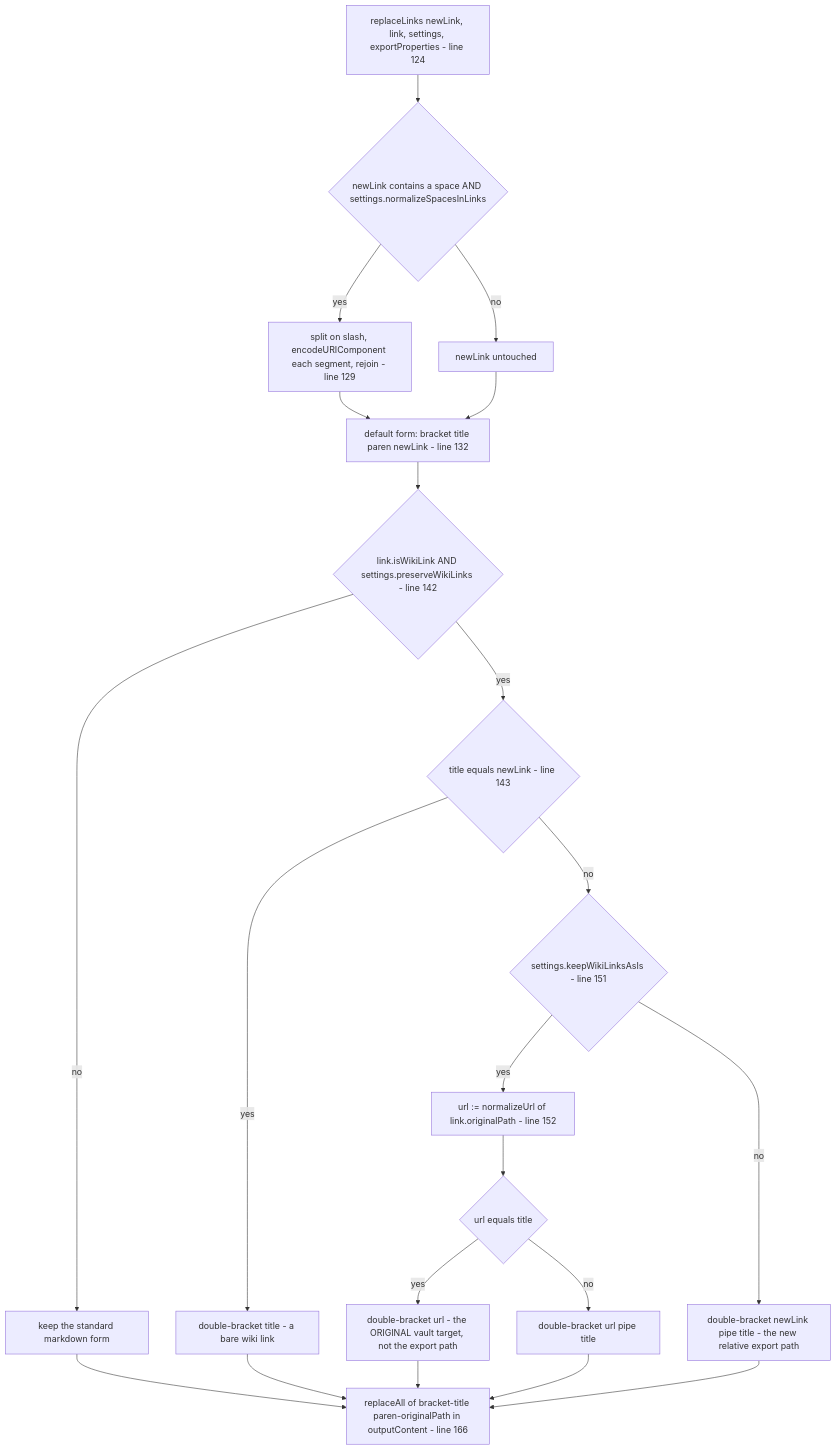
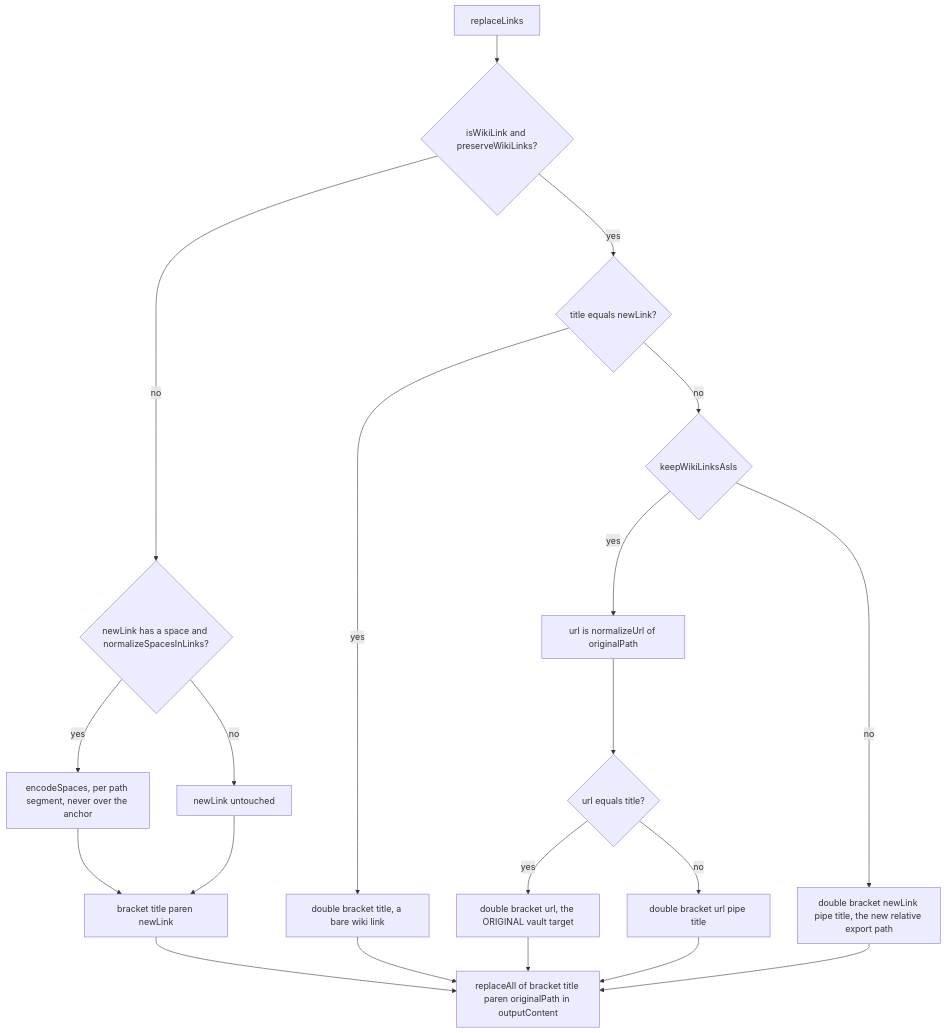
The eighth of 11 diagrams in docs/link-pipeline.md (symunona/obsidian-bulk-exporter), drawn with Mermaid before and after one commit. The commit also changed other lines of this file, not shown here.

First line of the commit message:
docs: portable mermaid, and match the code as fixed

````diff
--- a/docs/link-pipeline.md
+++ b/docs/link-pipeline.md
@@ -235,32 +388,23 @@
 ```mermaid
-flowchart TD
-    S["replaceLinks newLink, link, settings, exportProperties - line 124"]
-    S --> SP{"newLink contains a space AND settings.normalizeSpacesInLinks"}
-    SP -- yes --> ENC["split on slash, encodeURIComponent each segment, rejoin - line 129"]
-    SP -- no --> NOENC["newLink untouched"]
-    ENC --> DEF
-    NOENC --> DEF
-
-    DEF["default form: bracket title paren newLink - line 132"]
-    DEF --> WIKI{"link.isWikiLink AND settings.preserveWikiLinks - line 142"}
-
-    WIKI -- no --> OUT["keep the standard markdown form"]
-
-    WIKI -- yes --> EQ{"title equals newLink - line 143"}
-    EQ -- yes --> W1["double-bracket title - a bare wiki link"]
-    EQ -- no --> KAI{"settings.keepWikiLinksAsIs - line 151"}
-
-    KAI -- yes --> ORIG["url := normalizeUrl of link.originalPath - line 152"]
-    ORIG --> EQ2{"url equals title"}
-    EQ2 -- yes --> W2["double-bracket url - the ORIGINAL vault target, not the export path"]
-    EQ2 -- no --> W3["double-bracket url pipe title"]
-
-    KAI -- no --> W4["double-bracket newLink pipe title - the new relative export path"]
-
-    OUT --> FIN
+graph TD
+    S[replaceLinks]
+    S --> WIKI{isWikiLink and preserveWikiLinks?}
+    WIKI -- no --> ENCQ{newLink has a space and normalizeSpacesInLinks?}
+    ENCQ -- yes --> ENC[encodeSpaces, per path segment, never over the anchor]
+    ENCQ -- no --> NOENC[newLink untouched]
+    ENC --> MD[bracket title paren newLink]
+    NOENC --> MD
+    WIKI -- yes --> EQ{title equals newLink?}
+    EQ -- yes --> W1[double bracket title, a bare wiki link]
+    EQ -- no --> KAI{keepWikiLinksAsIs}
+    KAI -- yes --> ORIG[url is normalizeUrl of originalPath]
+    ORIG --> EQ2{url equals title?}
+    EQ2 -- yes --> W2[double bracket url, the ORIGINAL vault target]
+    EQ2 -- no --> W3[double bracket url pipe title]
+    KAI -- no --> W4[double bracket newLink pipe title, the new relative export path]
+    MD --> FIN[replaceAll of bracket title paren originalPath in outputContent]
     W1 --> FIN
     W2 --> FIN
     W3 --> FIN
     W4 --> FIN
-    FIN["replaceAll of bracket-title paren-originalPath in outputContent - line 166"]
 ```
````
